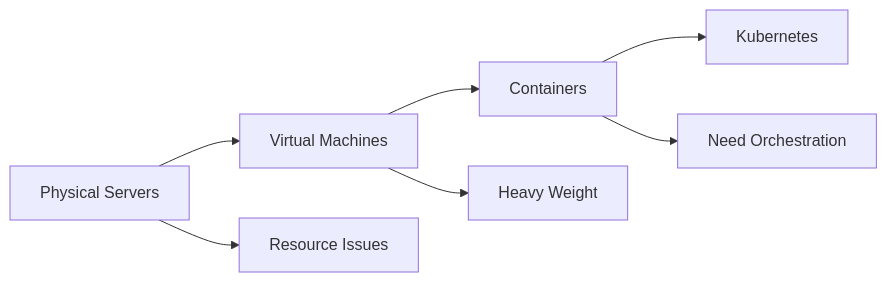
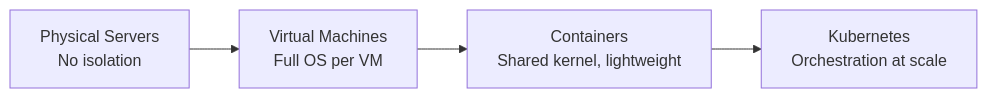
Before and after one commit to Antoine-Flo/kube-mastery: the diagram in src/courses/modules/overview/02-concepts-fondamentaux/02-evolution-deployment/en/content.md, drawn with Mermaid. The commit also changed other lines of this file and 290 other files, not shown here.

````diff
--- a/src/courses/modules/overview/02-concepts-fondamentaux/02-evolution-deployment/en/content.md
+++ b/src/courses/modules/overview/02-concepts-fondamentaux/02-evolution-deployment/en/content.md
@@ -5,10 +21,6 @@
 ```mermaid
-graph LR
-    A[Physical Servers] --> B[Virtual Machines]
-    B --> C[Containers]
-    C --> D[Kubernetes]
-
-    A --> A1[Resource Issues]
-    B --> B1[Heavy Weight]
-    C --> C1[Need Orchestration]
+flowchart LR
+    A["Physical Servers<br/>No isolation"] --> B["Virtual Machines<br/>Full OS per VM"]
+    B --> C["Containers<br/>Shared kernel, lightweight"]
+    C --> D["Kubernetes<br/>Orchestration at scale"]
 ```
````
